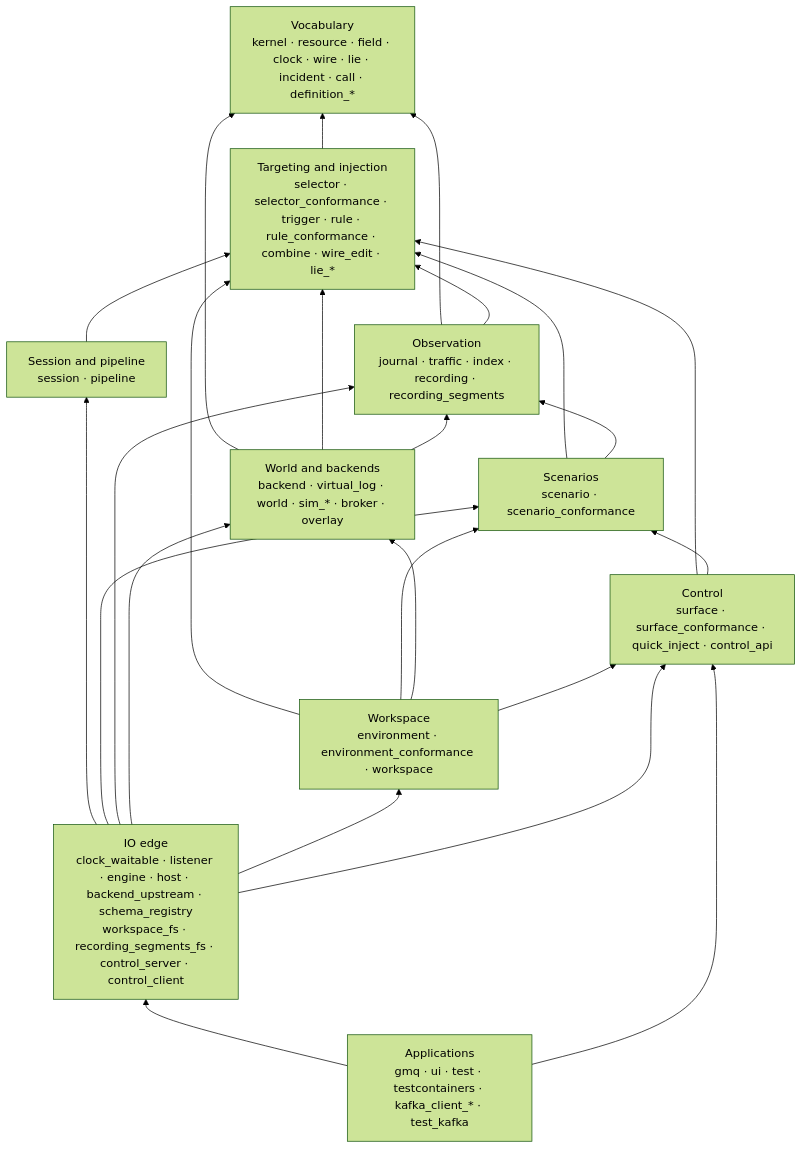
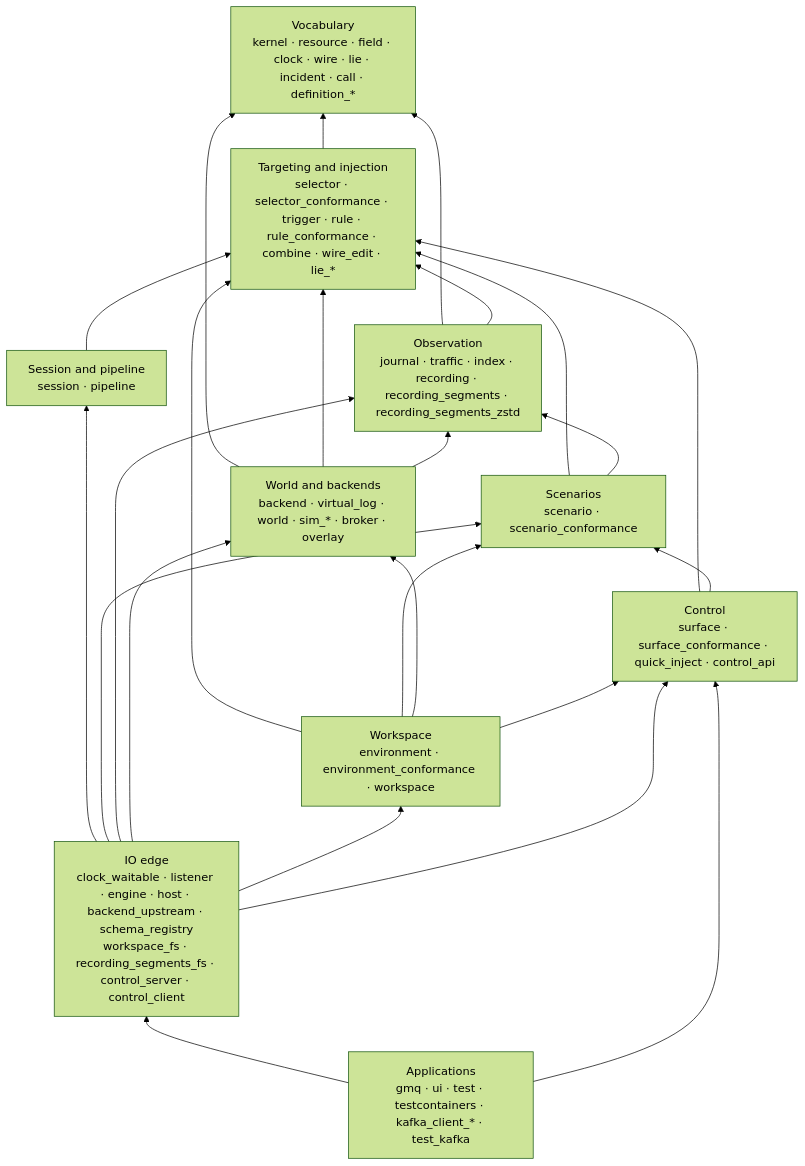
One commit to cruxy-eu/gaslightmq changed the diagram in docs/specs/architecture/crates.md. Above: the diagram before and after it, drawn with Mermaid (forest theme). The commit also changed other lines of this file and 3 other files, not shown here.

````diff
--- a/docs/specs/architecture/crates.md
+++ b/docs/specs/architecture/crates.md
@@ -258,37 +258,37 @@
 ```mermaid
 flowchart BT
   V["Vocabulary<br/>kernel · resource · field · clock · wire · lie · incident · call · definition_*"]
   T["Targeting and injection<br/>selector · selector_conformance · trigger · rule · rule_conformance · combine · wire_edit · lie_*"]
   P["Session and pipeline<br/>session · pipeline"]
   S["Scenarios<br/>scenario · scenario_conformance"]
-  O["Observation<br/>journal · traffic · index · recording · recording_segments"]
+  O["Observation<br/>journal · traffic · index · recording · recording_segments · recording_segments_zstd"]
   W["World and backends<br/>backend · virtual_log · world · sim_* · broker · overlay"]
   F["Workspace<br/>environment · environment_conformance · workspace"]
   C["Control<br/>surface · surface_conformance · quick_inject · control_api"]
   IO["IO edge<br/>clock_waitable · listener · engine · host · backend_upstream · schema_registry<br/>workspace_fs · recording_segments_fs · control_server · control_client"]
   A["Applications<br/>gmq · ui · test · testcontainers · kafka_client_* · test_kafka"]
 
   T --> V
   P --> T
   S --> T
   S --> O
   O --> V
   O --> T
   W --> V
   W --> T
   W --> O
   F --> T
   F --> S
   F --> W
   F --> C
   C --> T
   C --> S
   IO --> P
   IO --> S
   IO --> O
   IO --> W
   IO --> F
   IO --> C
   A --> IO
   A --> C
 ```
````
